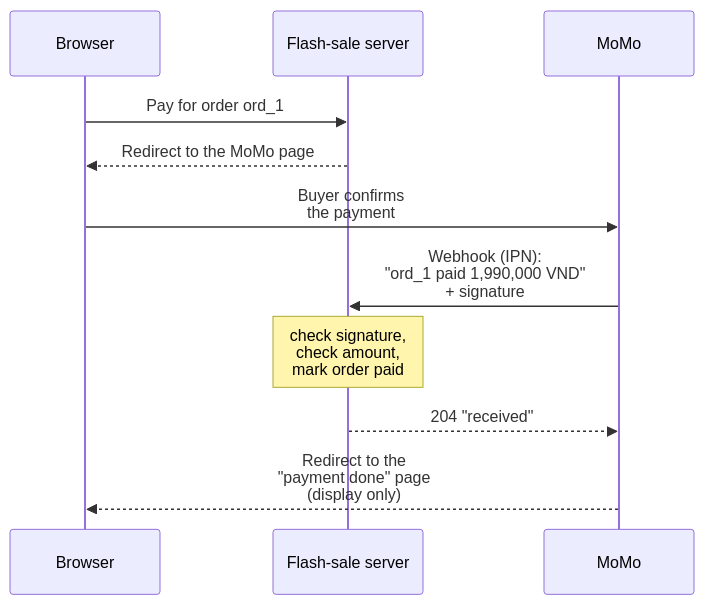
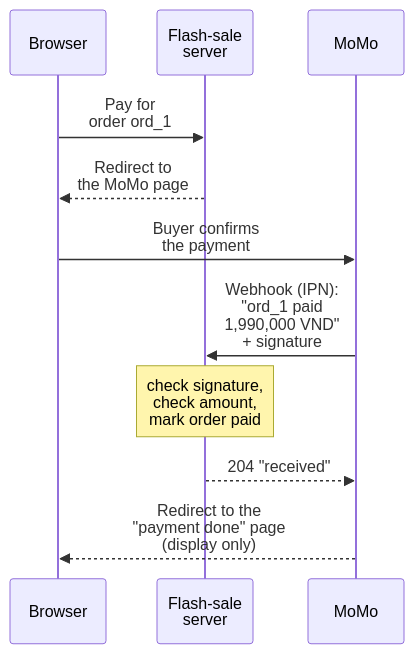
The second of 2 diagrams in content/en/posts/2026-11-18-api-styles.md (duongbui234/software-engineering-atlas), drawn with Mermaid before and after one commit. The commit also changed other lines of this file and 134 other files, not shown here.

First line of the commit message:
Fit every Mermaid diagram at 390px without sideways scroll (#56)

````diff
--- a/content/en/posts/2026-11-18-api-styles.md
+++ b/content/en/posts/2026-11-18-api-styles.md
@@ -196,13 +193,14 @@
 ```mermaid
+%%{init: {"sequence": {"diagramMarginX": 8, "width": 96, "actorMargin": 16}}}%%
 sequenceDiagram
     participant B as Browser
-    participant S as Flash-sale server
+    participant S as Flash-sale<br/>server
     participant M as MoMo
-    B->>S: Pay for order ord_1
-    S-->>B: Redirect to the MoMo page
+    B->>S: Pay for<br/>order ord_1
+    S-->>B: Redirect to<br/>the MoMo page
     B->>M: Buyer confirms<br/>the payment
-    M->>S: Webhook (IPN):<br/>"ord_1 paid 1,990,000 VND"<br/>+ signature
+    M->>S: Webhook (IPN):<br/>"ord_1 paid<br/>1,990,000 VND"<br/>+ signature
     Note over S: check signature,<br/>check amount,<br/>mark order paid
     S-->>M: 204 "received"
     M-->>B: Redirect to the<br/>"payment done" page<br/>(display only)
 ```
````
